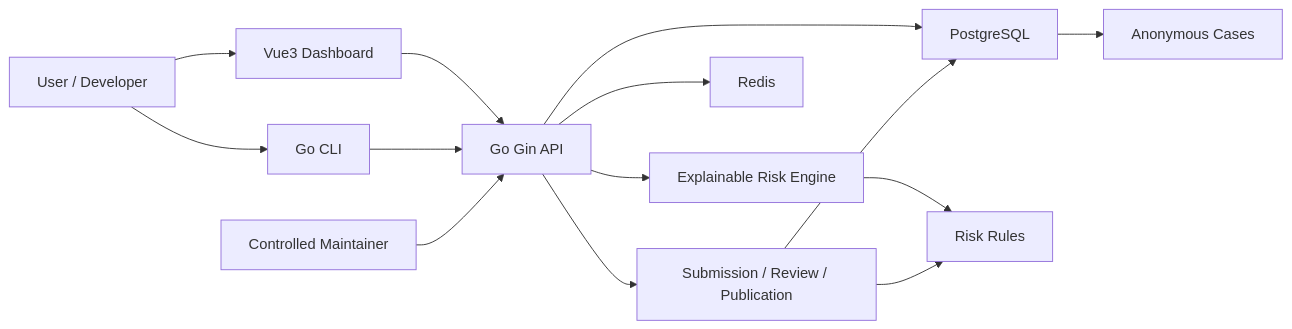
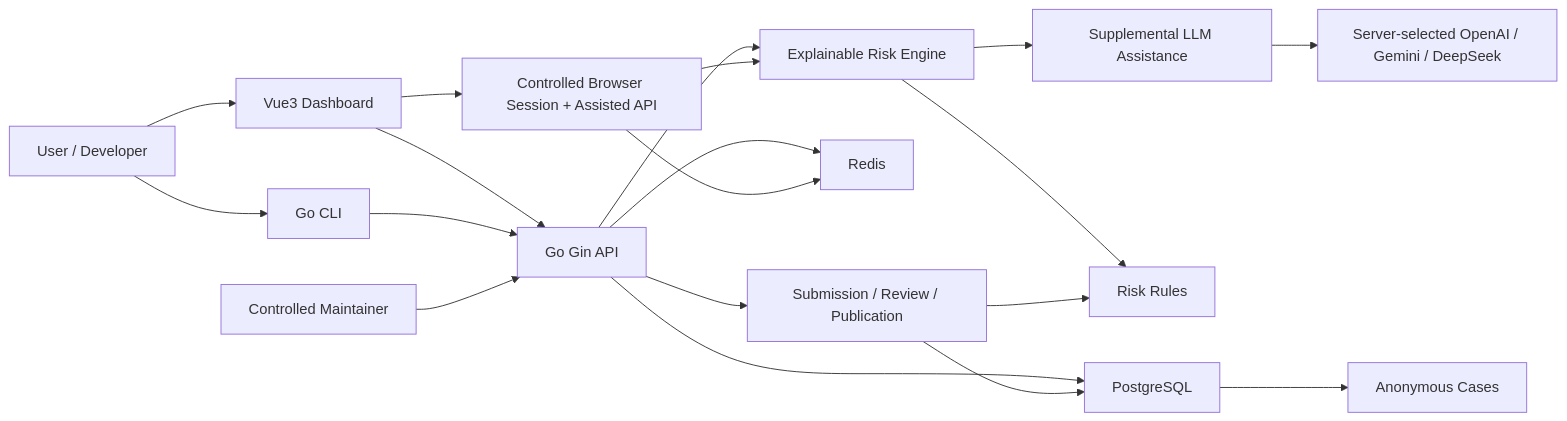
Before and after one commit to qiuweiyu/antifraud-knowledgehub: the diagram in README.md, drawn with Mermaid. The commit also changed other lines of this file and 3 other files, not shown here.

````diff
--- a/README.md
+++ b/README.md
@@ -103,16 +109,21 @@
 ```mermaid
 flowchart LR
   User["User / Developer"] --> Frontend["Vue3 Dashboard"]
   User --> CLI["Go CLI"]
   Frontend --> API["Go Gin API"]
   CLI --> API
   API --> Engine["Explainable Risk Engine"]
   API --> DB["PostgreSQL"]
   API --> Redis["Redis"]
   Engine --> Rules["Risk Rules"]
   DB --> Cases["Anonymous Cases"]
   Maintainer["Controlled Maintainer"] --> API
   API --> Workflow["Submission / Review / Publication"]
   Workflow --> DB
   Workflow --> Rules
+  Frontend --> BrowserBridge["Controlled Browser Session + Assisted API"]
+  BrowserBridge --> Engine
+  BrowserBridge --> Redis
+  Engine --> LLMAssist["Supplemental LLM Assistance"]
+  LLMAssist --> Provider["Server-selected OpenAI / Gemini / DeepSeek"]
 ```
````
